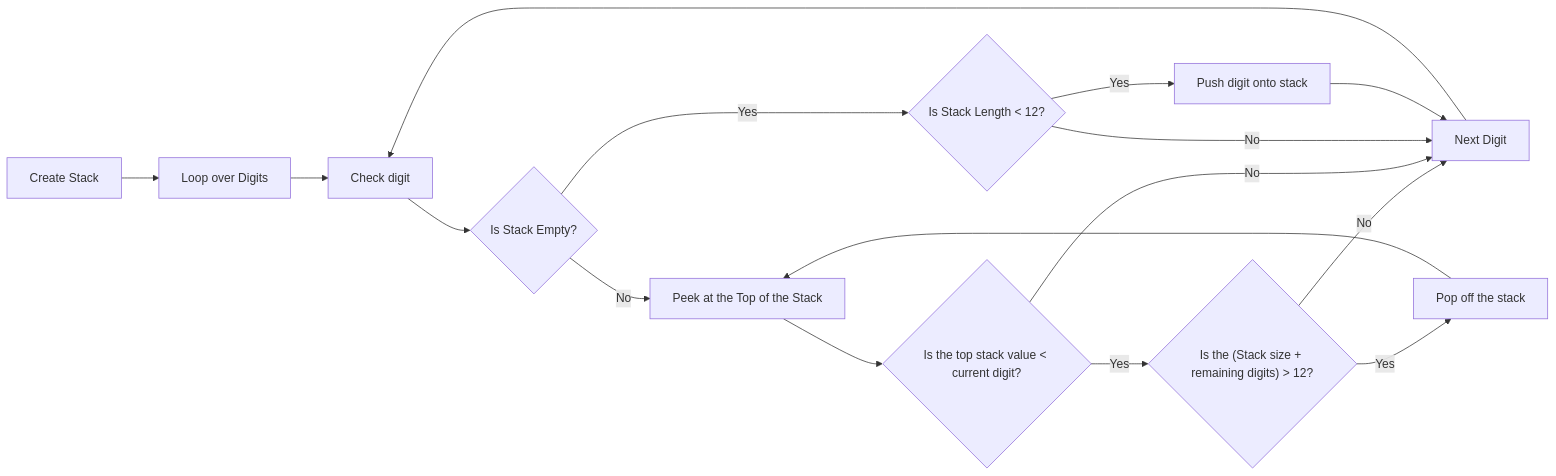
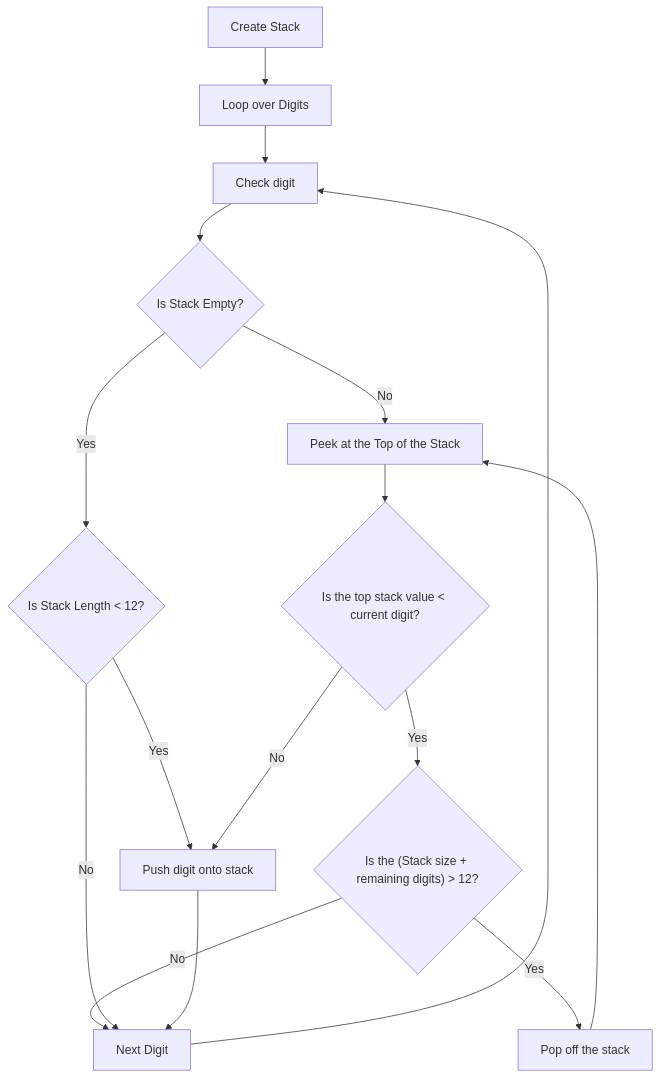
The diagram in day3/README.md (AgroDan/aoc2025), drawn with Mermaid before and after one commit.

Commit message:
mermaid fix

````diff
--- a/day3/README.md
+++ b/day3/README.md
@@ -11,19 +11,19 @@
 ```mermaid
-flowchart LR
+flowchart TD
     A[Create Stack] --> B[Loop over Digits]
     B --> C[Check digit] 
     C --> D{Is Stack Empty?}
     D -->|Yes|E{"Is Stack Length < 12?"}
     E -->|Yes|PUSH[Push digit onto stack]
     D -->|No|F[Peek at the Top of the Stack]
     F -->G{Is the top stack value < current digit?}
     G -->|Yes|H{"Is the (Stack size + remaining digits) > 12?"}
     H -->|Yes|POP[Pop off the stack]
     H -->|No|NEXT
-    G -->|No|NEXT
+    G -->|No|PUSH
     E -->|No|NEXT
     NEXT[Next Digit]
     PUSH --> NEXT
     POP --> F
     NEXT --> C
 ```
````
